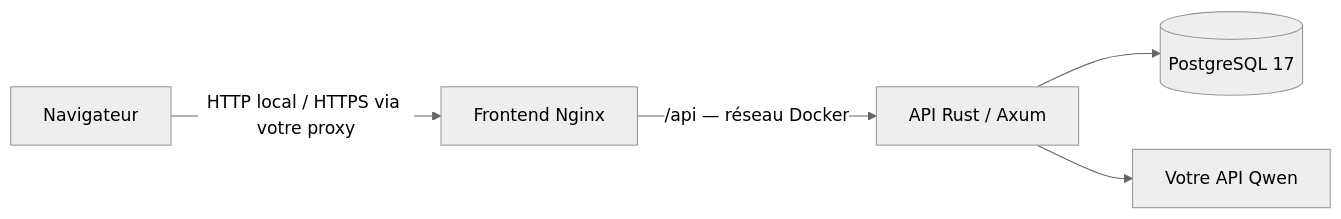
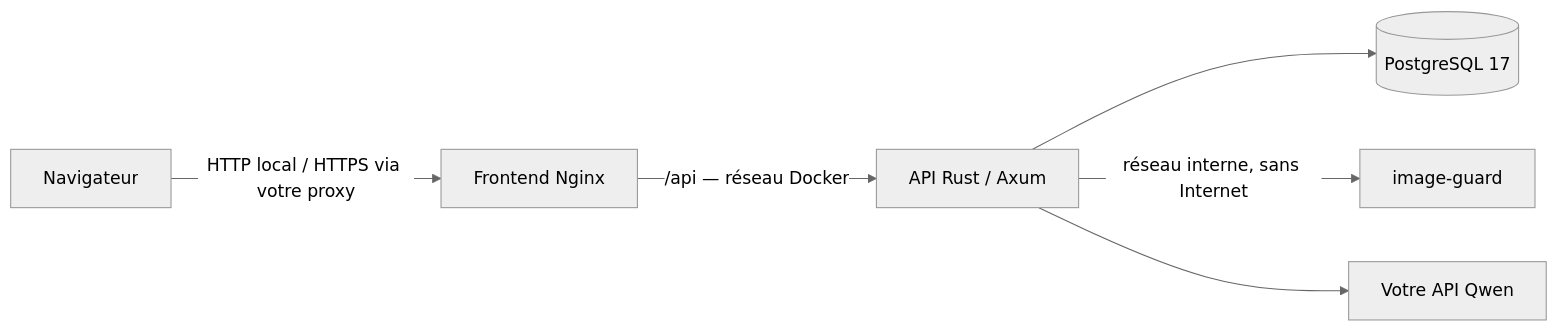
One commit to El-cmd/L-Observatoire changed the diagram in README.md. Above: the diagram before and after it, drawn with Mermaid (neutral theme). The commit also changed other lines of this file and 30 other files, not shown here.

First line of the commit message:
Envoyer des images à Qwen, isolées par image-guard et rangées dans une bibliothèque

````diff
--- a/README.md
+++ b/README.md
@@ -7,7 +7,8 @@
 ```mermaid
 flowchart LR
     Browser[Navigateur] -->|HTTP local / HTTPS via votre proxy| Front[Frontend Nginx]
     Front -->|/api — réseau Docker| API[API Rust / Axum]
     API --> DB[(PostgreSQL 17)]
+    API -->|réseau interne, sans Internet| Guard[image-guard]
     API --> Qwen[Votre API Qwen]
 ```
````
